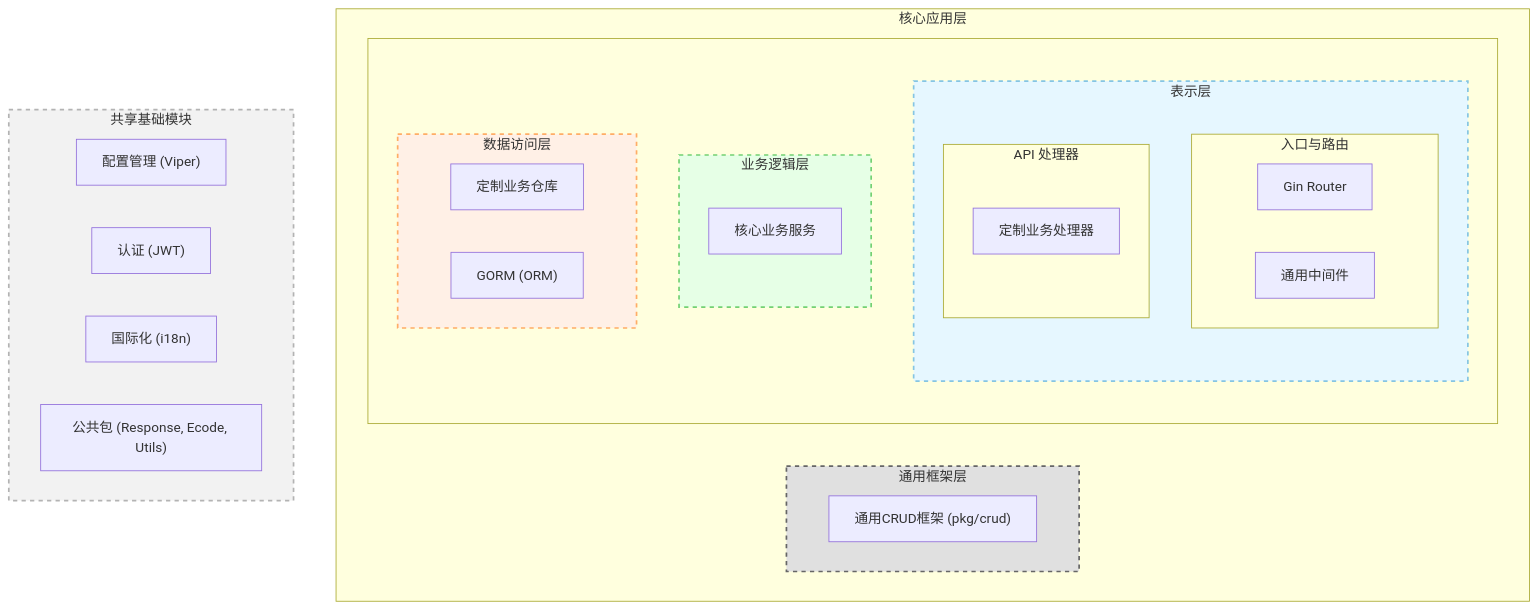
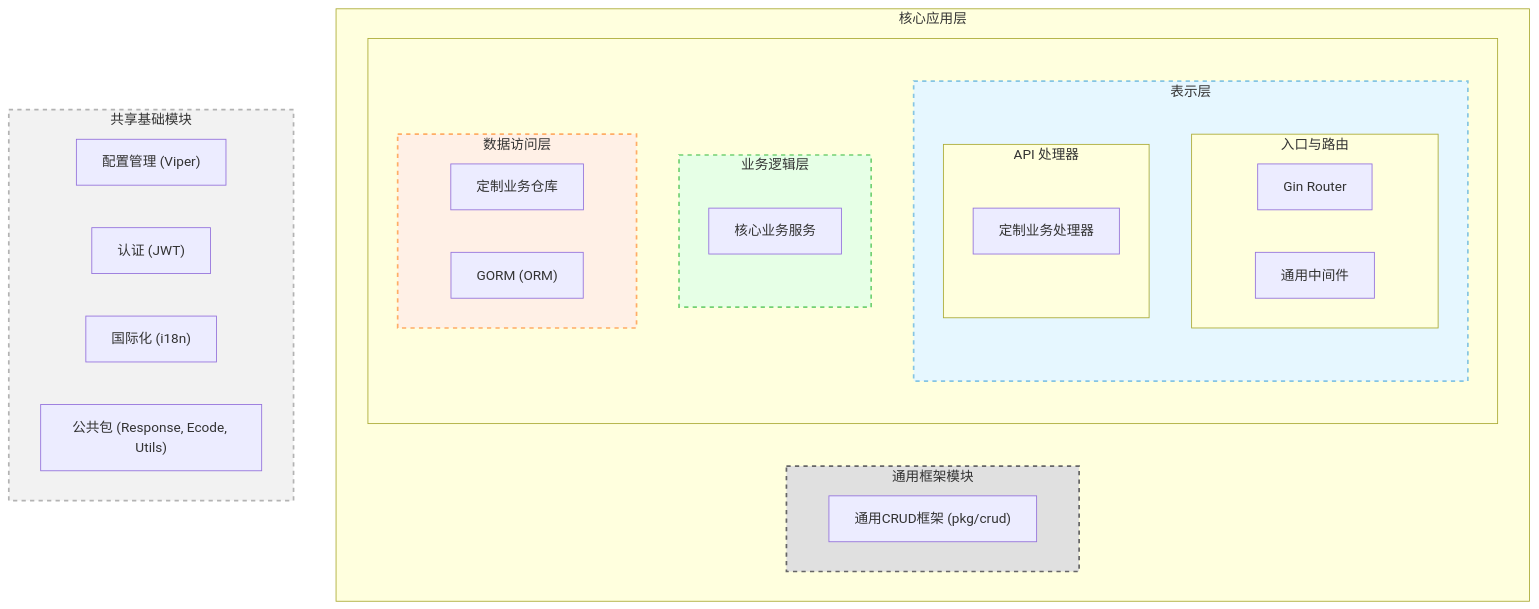
The diagram in README.md (QiYuOr2/AdminGO), drawn with Mermaid before and after one commit. The commit also changed 11 other files, not shown here.

````diff
--- a/README.md
+++ b/README.md
@@ -3,51 +3,51 @@
 ```mermaid
 graph TD
     subgraph CoreApplication ["核心应用层"]
         direction LR
 
-        subgraph Framework ["通用框架层"]
+        subgraph Framework ["通用框架模块"]
             direction LR
             PkgCrud["通用CRUD框架 (pkg/crud)"]
         end
 
         subgraph BusinessLayers [" "]
             direction BT
 
             subgraph Presentation ["表示层"]
                 subgraph PresentationEntry ["入口与路由"]
                     Router["Gin Router"]
                     Middlewares["通用中间件"]
                 end
                 subgraph PresentationHandlers ["API 处理器"]
                     CustomHandlers["定制业务处理器"]
                 end
             end
 
             subgraph Business ["业务逻辑层"]
                 CoreServices["核心业务服务"]
             end
 
             subgraph Data ["数据访问层"]
                     direction LR
                 CustomRepos["定制业务仓库"]
                 Gorm["GORM (ORM)"]
             end
         end
 
     end
 
     subgraph SharedModules ["共享基础模块"]
         direction LR
         Config["配置管理 (Viper)"]
         JWT["认证 (JWT)"]
         I18n["国际化 (i18n)"]
         CommonPkgs["公共包 (Response, Ecode, Utils)"]
     end
 
     %% Styling Definitions
     style Framework    fill:#e0e0e0,stroke:#666666,stroke-width:2px,stroke-dasharray: 5 5
     style Data         fill:#fff0e6,stroke:#ffad66,stroke-width:2px,stroke-dasharray: 5 5
     style Business     fill:#e6ffe6,stroke:#73d173,stroke-width:2px,stroke-dasharray: 5 5
     style Presentation fill:#e6f7ff,stroke:#85c5e3,stroke-width:2px,stroke-dasharray: 5 5
     style SharedModules fill:#f2f2f2,stroke:#b3b3b3,stroke-width:2px,stroke-dasharray: 5 5
 ```
````
